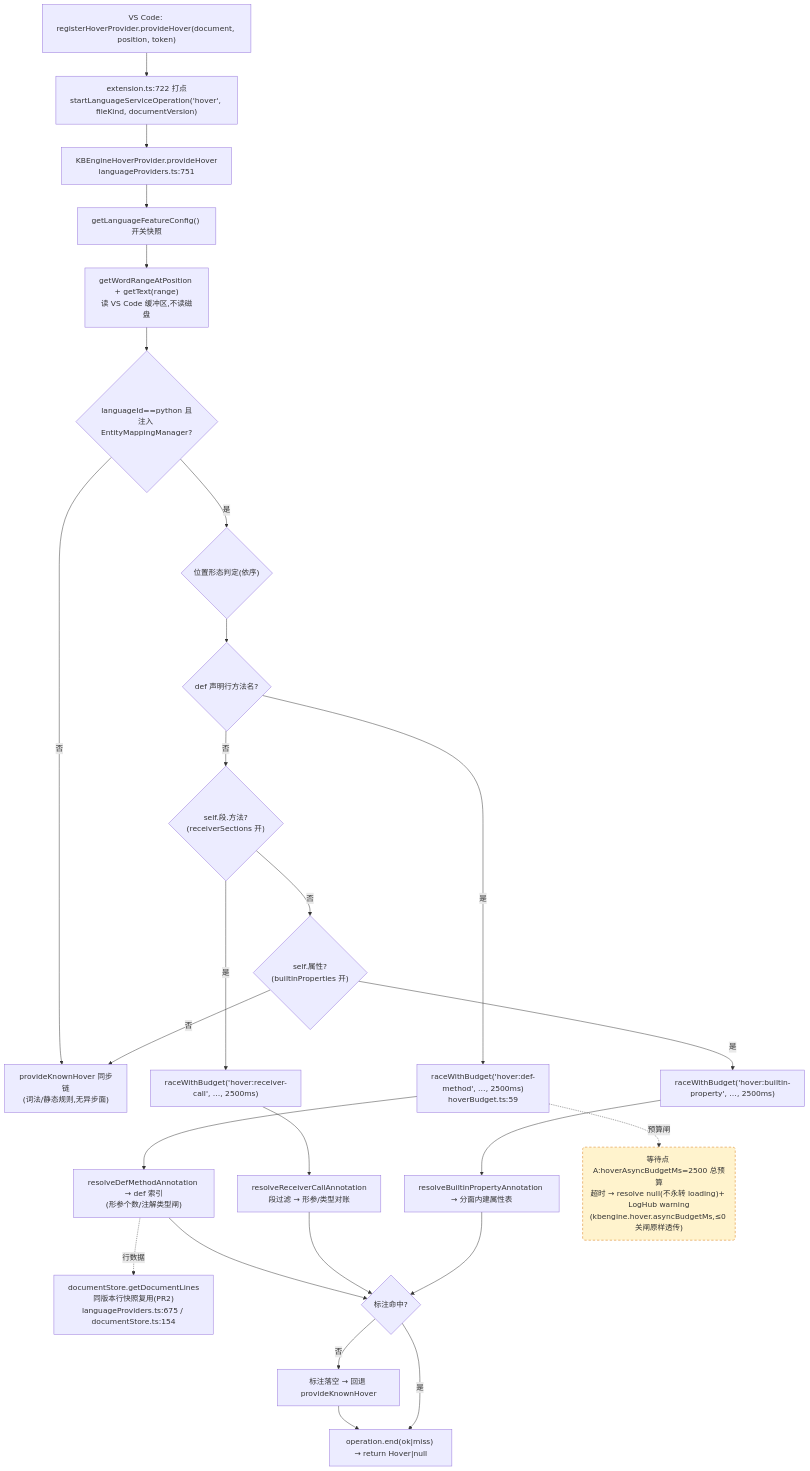
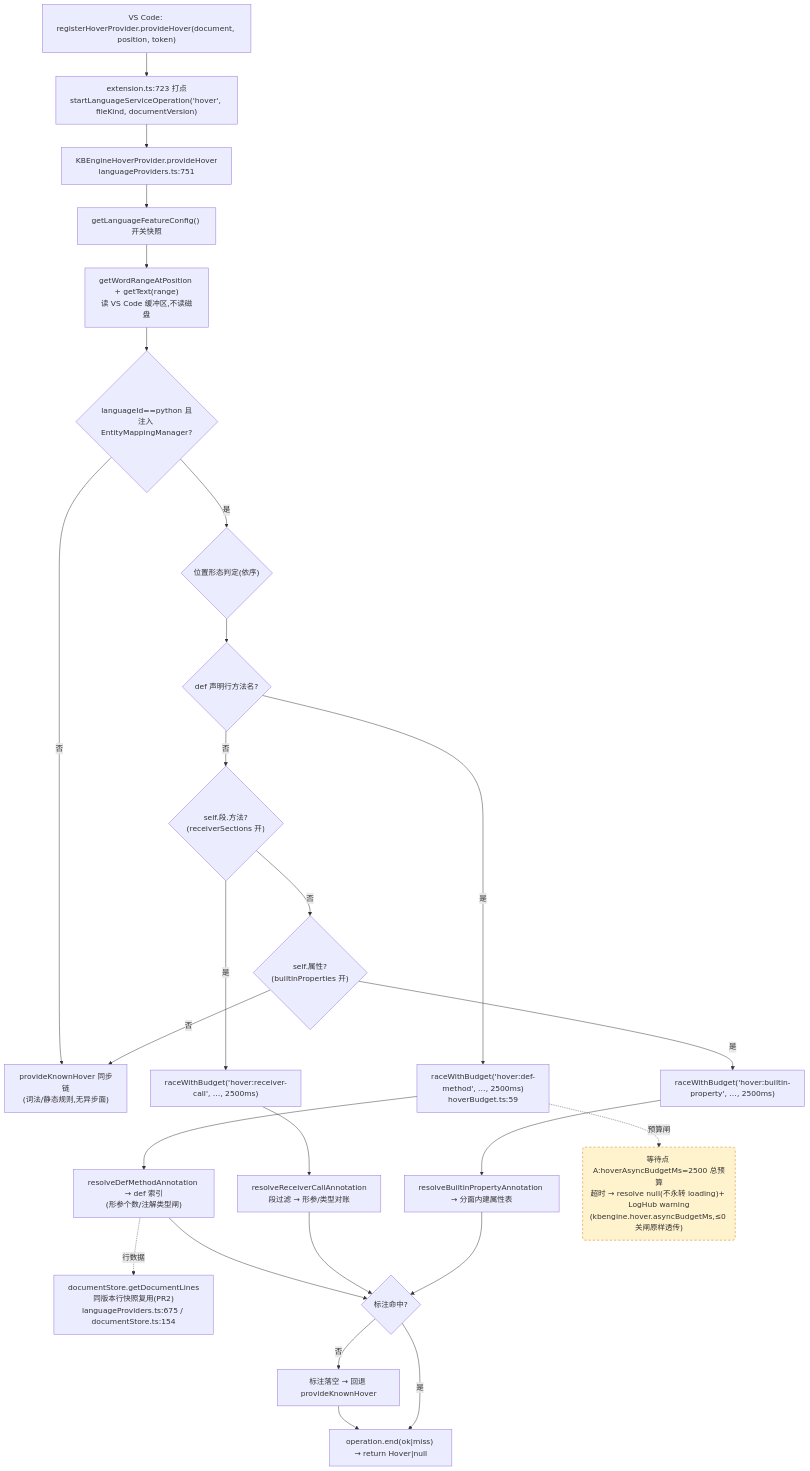
One commit to cuihairu/kode changed the first of 4 diagrams in docs/perf/2026-baseline.md. Above: the diagram before and after it, drawn with Mermaid. The commit also changed other lines of this file and 8 other files, not shown here.

````diff
--- a/docs/perf/2026-baseline.md
+++ b/docs/perf/2026-baseline.md
@@ -82,45 +82,45 @@
 ```mermaid
 flowchart TD
   VC1["VS Code: registerHoverProvider.provideHover(document, position, token)"]
-  M1["extension.ts:722 打点<br/>startLanguageServiceOperation('hover', fileKind, documentVersion)"]
+  M1["extension.ts:723 打点<br/>startLanguageServiceOperation('hover', fileKind, documentVersion)"]
   HP["KBEngineHoverProvider.provideHover<br/>languageProviders.ts:751"]
   CFG["getLanguageFeatureConfig() 开关快照"]
   WORD["getWordRangeAtPosition + getText(range)<br/>读 VS Code 缓冲区,不读磁盘"]
   BR{"languageId==python 且<br/>注入 EntityMappingManager?"}
   KN["provideKnownHover 同步链<br/>(词法/静态规则,无异步面)"]
   POS{"位置形态判定(依序)"}
   D1{"def 声明行方法名?"}
   D2{"self.段.方法?<br/>(receiverSections 开)"}
   D3{"self.属性?<br/>(builtinProperties 开)"}
   RA1["raceWithBudget('hover:def-method', …, 2500ms)<br/>hoverBudget.ts:59"]
   RA2["raceWithBudget('hover:receiver-call', …, 2500ms)"]
   RA3["raceWithBudget('hover:builtin-property', …, 2500ms)"]
   RS1["resolveDefMethodAnnotation → def 索引<br/>(形参个数/注解类型闸)"]
   RS2["resolveReceiverCallAnnotation<br/>段过滤 → 形参/类型对账"]
   RS3["resolveBuiltinPropertyAnnotation → 分面内建属性表"]
   LINES["documentStore.getDocumentLines<br/>同版本行快照复用(PR2)<br/>languageProviders.ts:675 / documentStore.ts:154"]
   MISS["标注落空 → 回退 provideKnownHover"]
   END1["operation.end(ok|miss) → return Hover|null"]
 
   VC1 --> M1 --> HP --> CFG --> WORD --> BR
   BR -- "否" --> KN
   BR -- "是" --> POS --> D1
   D1 -- "是" --> RA1 --> RS1
   D1 -- "否" --> D2
   D2 -- "是" --> RA2 --> RS2
   D2 -- "否" --> D3
   D3 -- "是" --> RA3 --> RS3
   D3 -- "否" --> KN
   RS1 --> HIT{"标注命中?"}
   RS2 --> HIT
   RS3 --> HIT
   RS1 -.->|行数据| LINES
   HIT -- "否" --> MISS --> END1
   HIT -- "是" --> END1
 
   WAITA("等待点 A:hoverAsyncBudgetMs=2500 总预算<br/>超时 → resolve null(不永转 loading)+ LogHub warning<br/>(kbengine.hover.asyncBudgetMs,≤0 关闸原样透传)")
   RA1 -.->|预算闸| WAITA
 
   classDef waitPoint fill:#fff3cd,stroke:#d97706,stroke-dasharray:5 4;
   class WAITA waitPoint;
 ```
````
